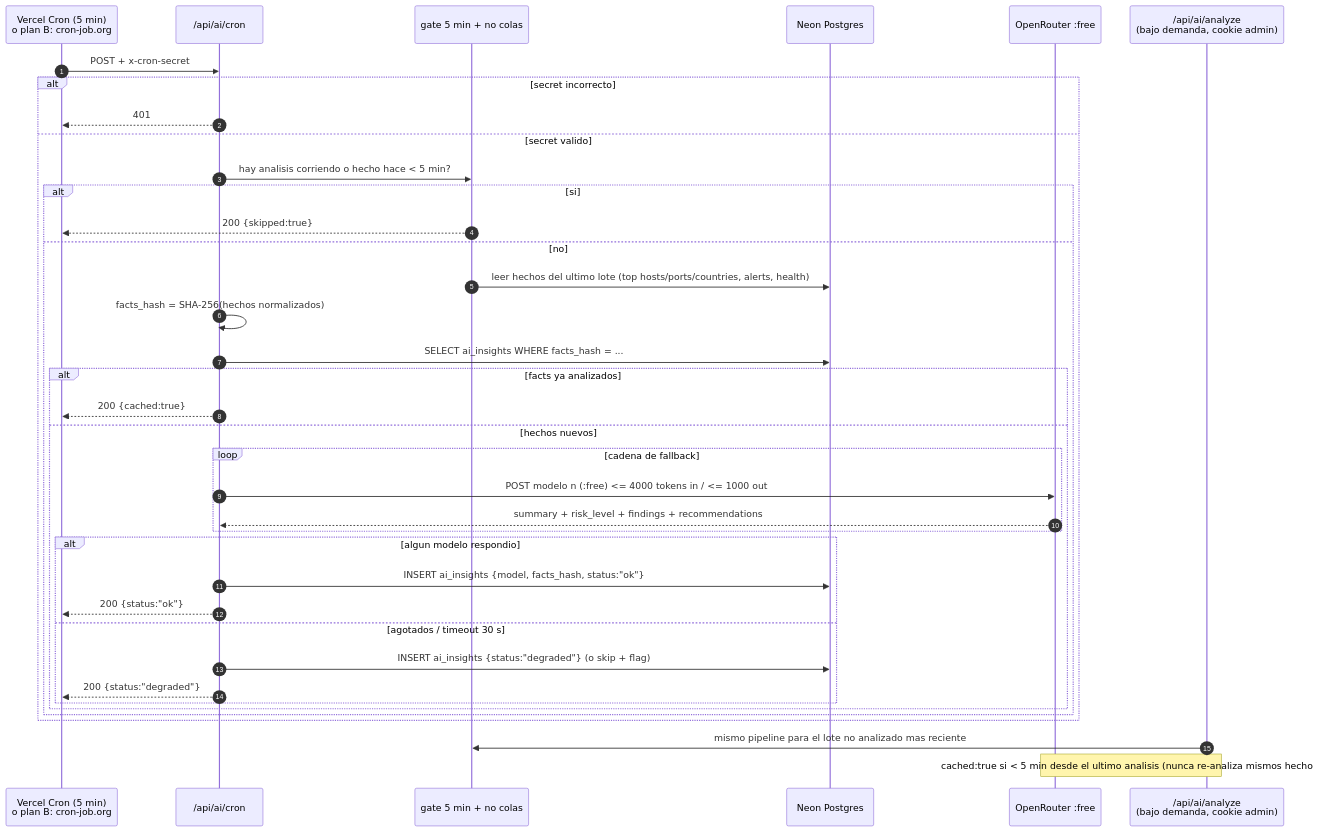
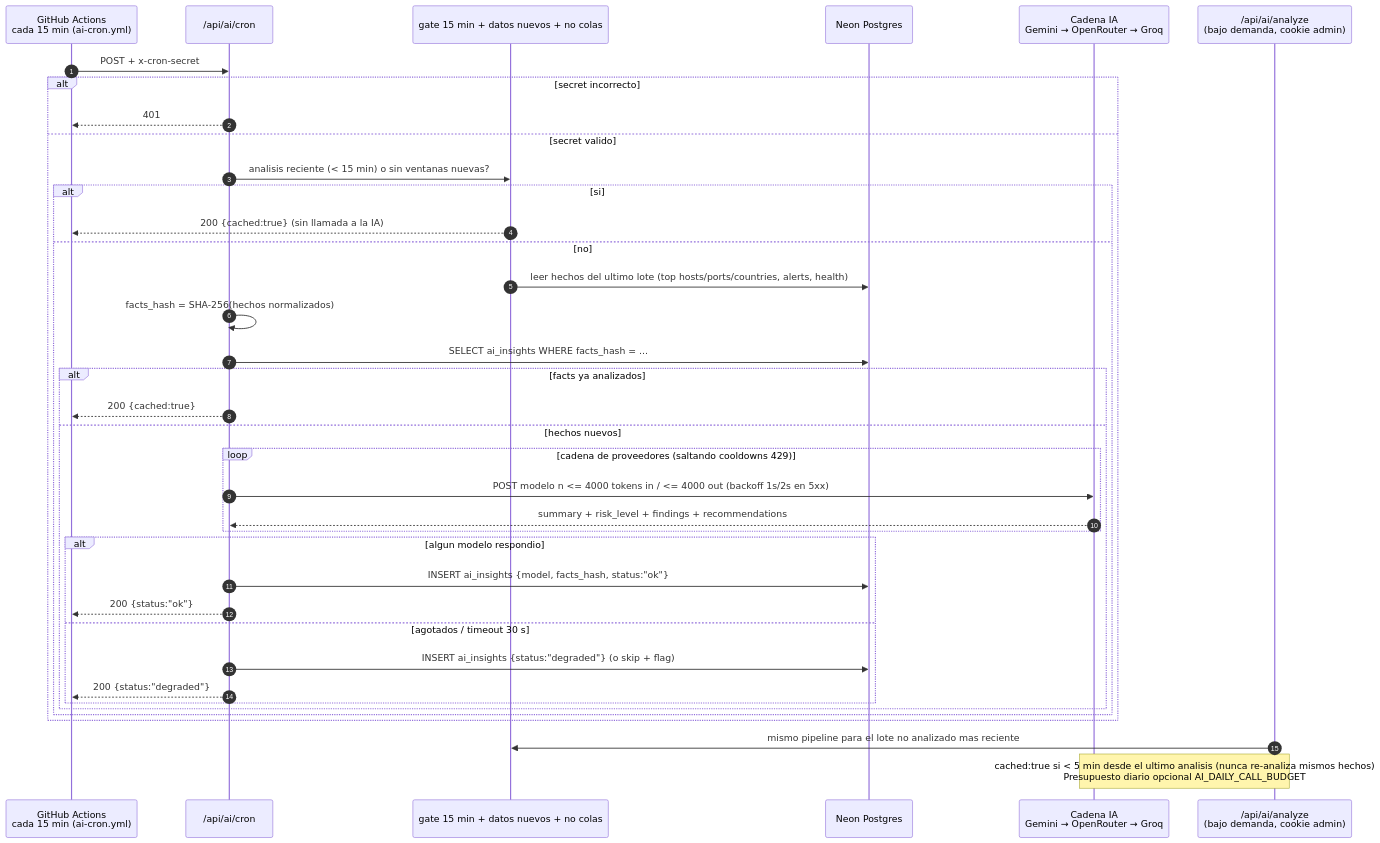
One commit to Juan-Felipe-Palacios/SC-Sentinel changed the diagram in docs/diagrams/mermaid/ai-cron-sequence.mmd. Above: the diagram before and after it, drawn with Mermaid. The commit also changed 13 other files, not shown here.

First line of the commit message:
docs: consolidacion v2.2 - cron IA 15 min, cadena multi-proveedor y observabilidad

```diff
--- a/docs/diagrams/mermaid/ai-cron-sequence.mmd
+++ b/docs/diagrams/mermaid/ai-cron-sequence.mmd
@@ -1,40 +1,40 @@
 sequenceDiagram
     autonumber
-    participant CR as Vercel Cron (5 min)<br/>o plan B: cron-job.org
+    participant CR as GitHub Actions<br/>cada 15 min (ai-cron.yml)
     participant AC as /api/ai/cron
-    participant GATE as gate 5 min + no colas
+    participant GATE as gate 15 min + datos nuevos + no colas
     participant DB as Neon Postgres
-    participant ORR as OpenRouter :free
+    participant AI as Cadena IA<br/>Gemini → OpenRouter → Groq
     participant AI2 as /api/ai/analyze<br/>(bajo demanda, cookie admin)
 
     CR->>AC: POST + x-cron-secret
     alt secret incorrecto
         AC-->>CR: 401
     else secret valido
-        AC->>GATE: hay analisis corriendo o hecho hace < 5 min?
+        AC->>GATE: analisis reciente (< 15 min) o sin ventanas nuevas?
         alt si
-            GATE-->>CR: 200 {skipped:true}
+            GATE-->>CR: 200 {cached:true} (sin llamada a la IA)
         else no
             GATE->>DB: leer hechos del ultimo lote (top hosts/ports/countries, alerts, health)
             AC->>AC: facts_hash = SHA-256(hechos normalizados)
             AC->>DB: SELECT ai_insights WHERE facts_hash = ...
             alt facts ya analizados
                 AC-->>CR: 200 {cached:true}
             else hechos nuevos
-                loop cadena de fallback
-                    AC->>ORR: POST modelo n (:free) <= 4000 tokens in / <= 1000 out
-                    ORR-->>AC: summary + risk_level + findings + recommendations
+                loop cadena de proveedores (saltando cooldowns 429)
+                    AC->>AI: POST modelo n <= 4000 tokens in / <= 4000 out (backoff 1s/2s en 5xx)
+                    AI-->>AC: summary + risk_level + findings + recommendations
                     end
                 alt algun modelo respondio
                     AC->>DB: INSERT ai_insights {model, facts_hash, status:"ok"}
                     AC-->>CR: 200 {status:"ok"}
                 else agotados / timeout 30 s
                     AC->>DB: INSERT ai_insights {status:"degraded"} (o skip + flag)
                     AC-->>CR: 200 {status:"degraded"}
                 end
             end
         end
     end
 
     AI2->>GATE: mismo pipeline para el lote no analizado mas reciente
-    Note over AI2,ORR: cached:true si < 5 min desde el ultimo analisis (nunca re-analiza mismos hechos)
+    Note over AI2,AI: cached:true si < 5 min desde el ultimo analisis (nunca re-analiza mismos hechos)<br/>Presupuesto diario opcional AI_DAILY_CALL_BUDGET
```
